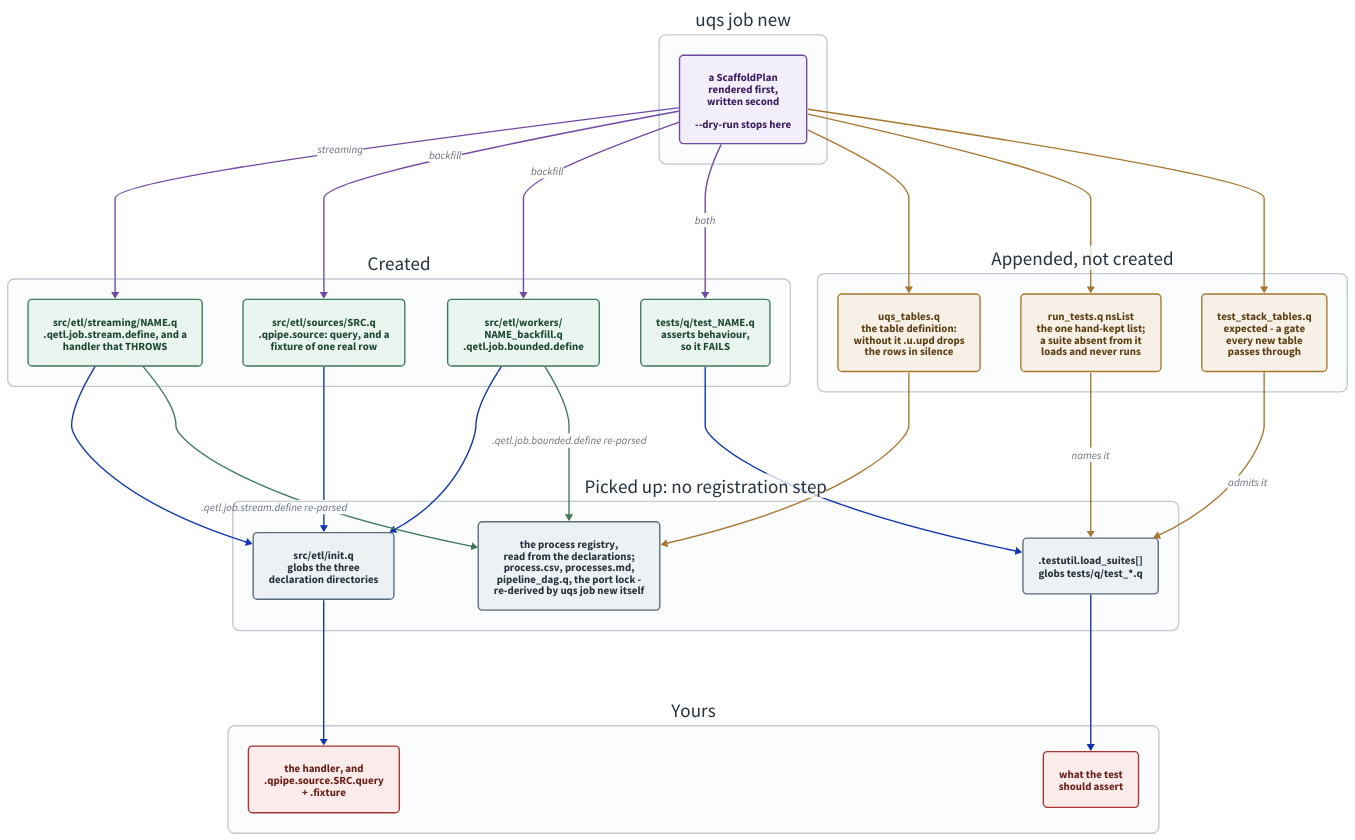
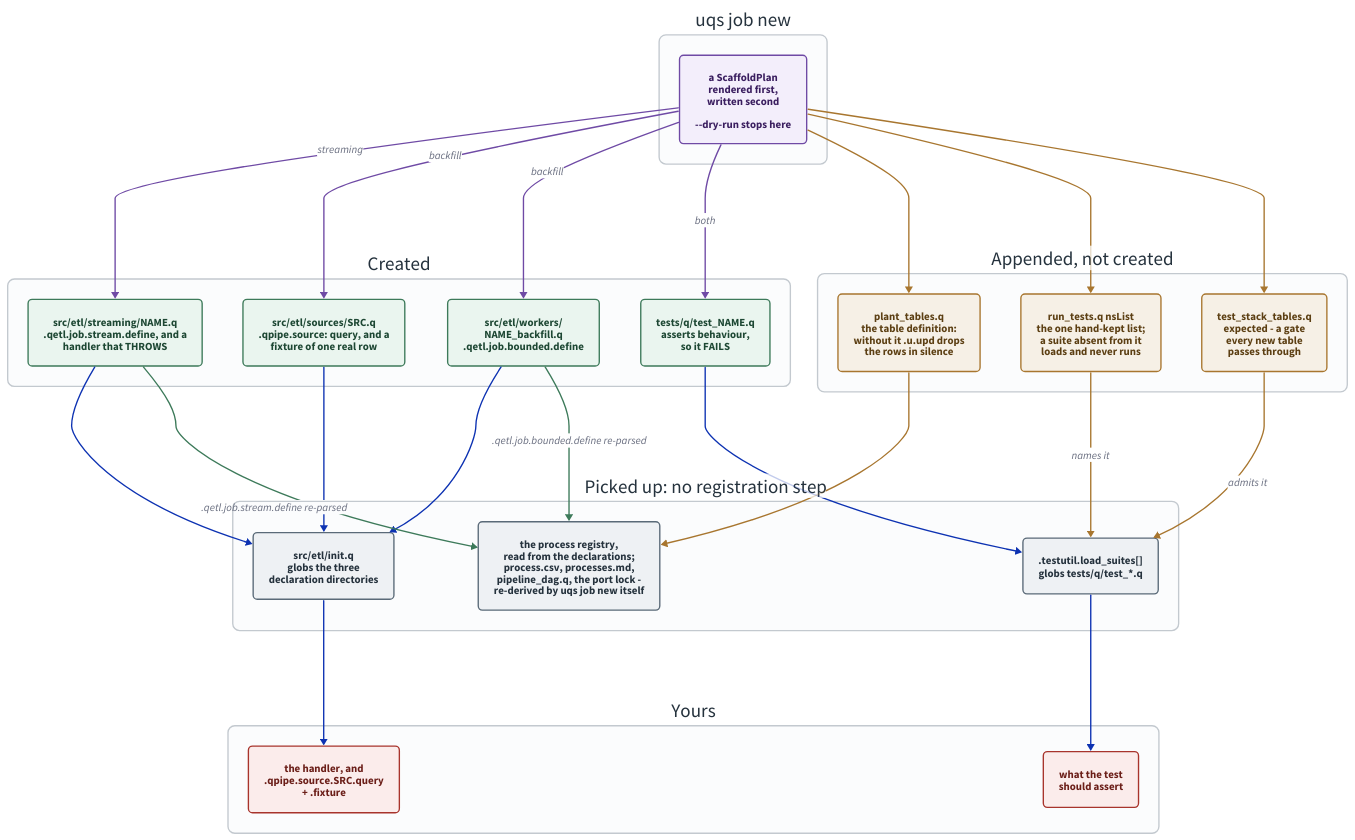
Before and after one commit to kwojdalski/uqf: the diagram in docs/diagrams/scaffolding.d2, drawn with D2. The commit also changed 68 other files, not shown here.

```diff
--- a/docs/diagrams/scaffolding.d2
+++ b/docs/diagrams/scaffolding.d2
@@ -1,150 +1,150 @@
 # scaffolding.d2 - what `uqs job new` writes, and what picks each file
 # up afterwards.
 #
 # Rendered by scripts/generate/render_diagrams.py, which CI runs with
 # --check. Embedded from docs/guides/new-pipeline.md.
 #
 # THE THING THIS DRAWS is that there is no registration step. Three
 # directories are globbed by src/etl/init.q and one by .testutil.load_suites,
 # so a new file is loaded because it exists - and the process registry is
 # READ from the job files' own declarations, so a job needs no entry
 # anywhere else. The APPENDS are the facts that are NOT derivable from the
 # tree - the table definition, nsList, the one hand-kept list of test
 # namespaces, and the q suite's list of tables, a deliberate gate - which is
 # why they are the only places the scaffold has to edit rather than create.
 # Everything derived, uqs job new regenerates itself before it returns, the port
 # lock included.
 #
 # The other thing worth seeing is the red column. The scaffold writes the
 # SHAPE and never the logic: the generated handler throws and the generated
 # test fails, deliberately, because a scaffold that left something green
 # behind would make "generated" and "implemented" look the same from outside.
 # That is the state stack_smoke.py exists to catch - a process that is `up`,
 # heartbeating, and publishing nothing.
 #
 # ON DIRECTION. Down, not right, for the reason
 # pipeline-architecture-example.d2's own header gives: right rendered this
 # 2489x1370, and a page that shows a wide strip at its column width shrinks
 # every label past reading. Down is taller than wide, and a reader scrolls.
 # The bands still read in order - plan, created, appended, picked up, yours -
 # it is the axis that changed, so new-pipeline.md says "top to bottom".
 
 
 direction: down
 
 vars: {
   d2-config: {
     pad: 40
   }
 }
 
 classes: {
   command: {
     style: {
       fill: "#f3eefb"
       stroke: "#6f4aa5"
       font-color: "#3a1e5f"
       border-radius: 6
     }
   }
   created: {
     style: {
       fill: "#eaf5ef"
       stroke: "#3d7a5a"
       font-color: "#1d4733"
       border-radius: 6
     }
   }
   appended: {
     style: {
       fill: "#f6f0e6"
       stroke: "#a8762f"
       font-color: "#5c3f13"
       border-radius: 6
     }
   }
   derived: {
     style: {
       fill: "#eef1f4"
       stroke: "#5a6a78"
       font-color: "#25323d"
       border-radius: 6
     }
   }
   todo: {
     style: {
       fill: "#fbeceb"
       stroke: "#a8342c"
       font-color: "#6b1e18"
       border-radius: 6
     }
   }
   band: {
     style: {
       fill: "#fbfcfd"
       stroke: "#c3c9cf"
       stroke-width: 2
       border-radius: 10
       font-color: "#25323d"
     }
   }
 }
 
 cmd: "uqs job new" {
   class: band
 
   plan: "a ScaffoldPlan\nrendered first,\nwritten second\n\n--dry-run stops here" { class: command }
 }
 
 written: "Created" {
   class: band
 
   job: "src/etl/streaming/NAME.q\n.qetl.job.stream.define, and a\nhandler that THROWS" { class: created }
   source: "src/etl/sources/SRC.q\n.qpipe.source: query, and a\nfixture of one real row" { class: created }
   worker: "src/etl/workers/\nNAME_backfill.q\n.qetl.job.bounded.define" { class: created }
   test: "tests/q/test_NAME.q\nasserts behaviour,\nso it FAILS" { class: created }
 }
 
 appended: "Appended, not created" {
   class: band
 
-  tables: "uqs_tables.q\nthe table definition:\nwithout it .u.upd drops\nthe rows in silence" { class: appended }
+  tables: "plant_tables.q\nthe table definition:\nwithout it .u.upd drops\nthe rows in silence" { class: appended }
   nslist: "run_tests.q nsList\nthe one hand-kept list;\na suite absent from it\nloads and never runs" { class: appended }
   tablelist: "test_stack_tables.q\nexpected - a gate\nevery new table\npasses through" { class: appended }
 }
 
 picked_up: "Picked up: no registration step" {
   class: band
 
   init: "src/etl/init.q\nglobs the three\ndeclaration directories" { class: derived }
   suites: ".testutil.load_suites[]\nglobs tests/q/test_*.q" { class: derived }
   consumers: "the process registry,\nread from the declarations;\nprocess.csv, processes.md,\npipeline_dag.q, the port lock -\nre-derived by uqs job new itself" { class: derived }
 }
 
 todo: "Yours" {
   class: band
 
   logic: "the handler, and\n.qpipe.source.SRC.query\n+ .fixture" { class: todo }
   assertion: "what the test\nshould assert" { class: todo }
 }
 
 cmd.plan -> written.job: "streaming" { style.stroke: "#6f4aa5" }
 cmd.plan -> written.source: "backfill" { style.stroke: "#6f4aa5" }
 cmd.plan -> written.worker: "backfill" { style.stroke: "#6f4aa5" }
 cmd.plan -> written.test: "both" { style.stroke: "#6f4aa5" }
 cmd.plan -> appended.tables { style.stroke: "#a8762f" }
 cmd.plan -> appended.nslist { style.stroke: "#a8762f" }
 cmd.plan -> appended.tablelist { style.stroke: "#a8762f" }
 
 written.job -> picked_up.init
 written.source -> picked_up.init
 written.worker -> picked_up.init
 written.test -> picked_up.suites
 appended.nslist -> picked_up.suites: "names it" { style.stroke: "#a8762f" }
 appended.tablelist -> picked_up.suites: "admits it" { style.stroke: "#a8762f" }
 appended.tables -> picked_up.consumers { style.stroke: "#a8762f" }
 written.job -> picked_up.consumers: ".qetl.job.stream.define re-parsed" { style.stroke: "#3d7a5a" }
 written.worker -> picked_up.consumers: ".qetl.job.bounded.define re-parsed" { style.stroke: "#3d7a5a" }
 
 picked_up.init -> todo.logic
 picked_up.suites -> todo.assertion
```
